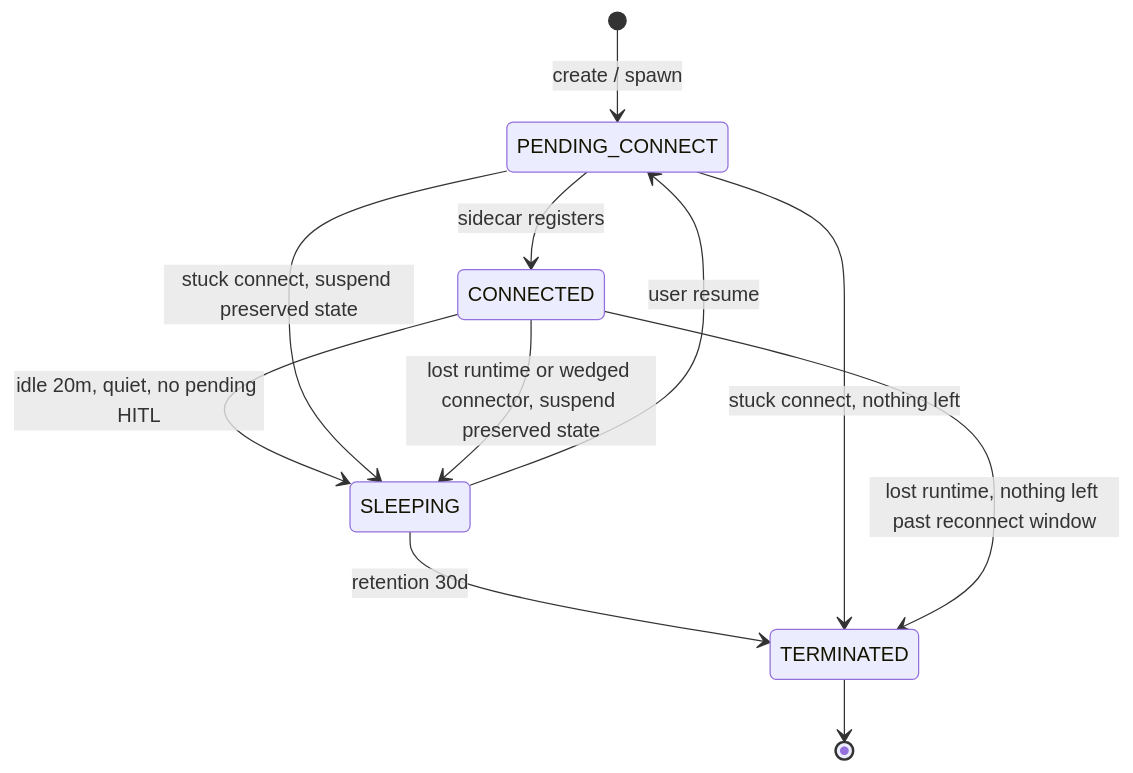
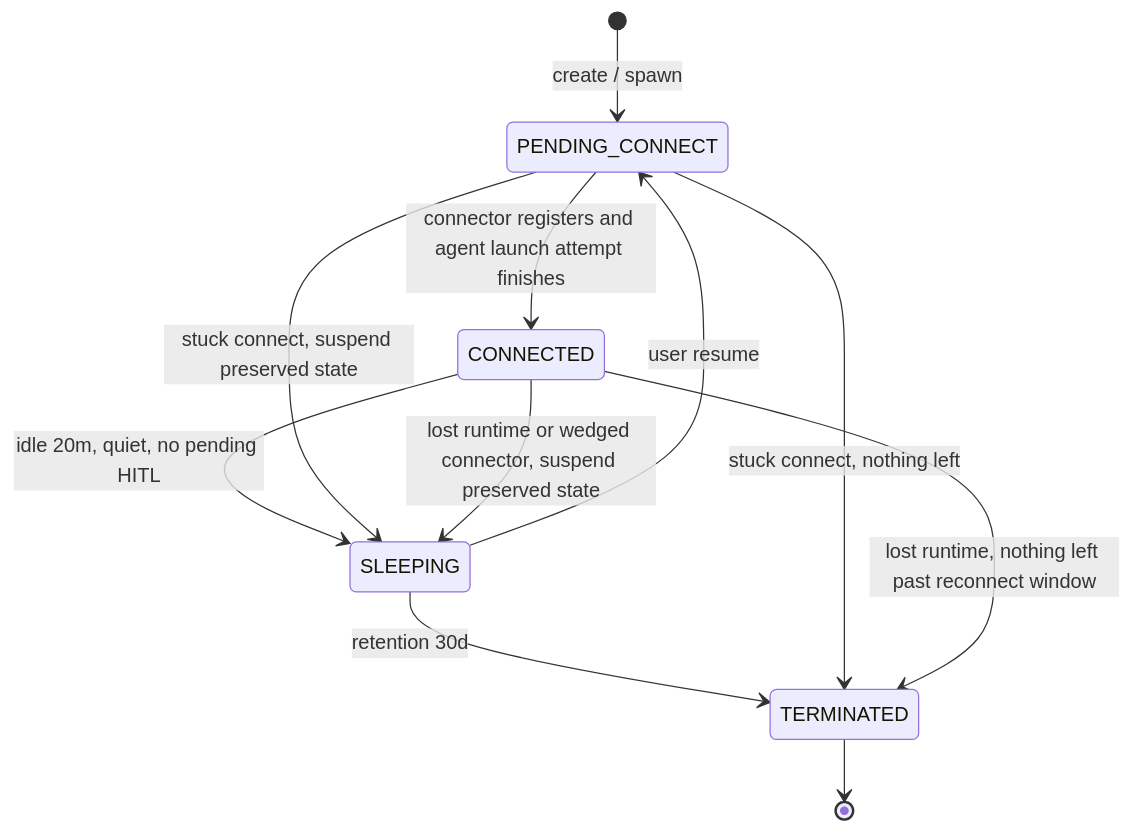
Before and after one commit to kratisai/kratis: the diagram in docs/knowledge/sandbox-provisioning.md, drawn with Mermaid. The commit also changed other lines of this file and 100 other files, not shown here.

First line of the commit message:
Simplify execution states and couple agent launch to environment

````diff
--- a/docs/knowledge/sandbox-provisioning.md
+++ b/docs/knowledge/sandbox-provisioning.md
@@ -215,13 +230,13 @@
 ```mermaid
 stateDiagram-v2
     [*] --> PENDING_CONNECT : create / spawn
-    PENDING_CONNECT --> CONNECTED : sidecar registers
+    PENDING_CONNECT --> CONNECTED : connector registers and agent launch attempt finishes
     SLEEPING --> PENDING_CONNECT : user resume
     CONNECTED --> SLEEPING : idle 20m, quiet, no pending HITL
     SLEEPING --> TERMINATED : retention 30d
     PENDING_CONNECT --> SLEEPING : stuck connect, suspend preserved state
     PENDING_CONNECT --> TERMINATED : stuck connect, nothing left
     CONNECTED --> SLEEPING : lost runtime or wedged connector, suspend preserved state
     CONNECTED --> TERMINATED : lost runtime, nothing left past reconnect window
     TERMINATED --> [*]
 ```
````
